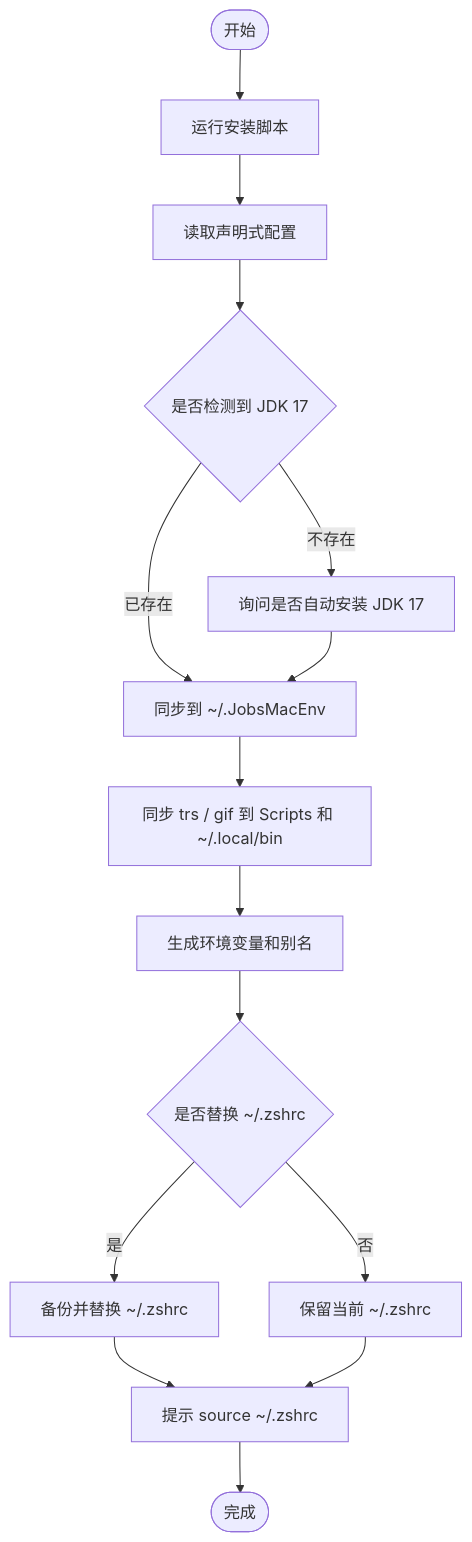
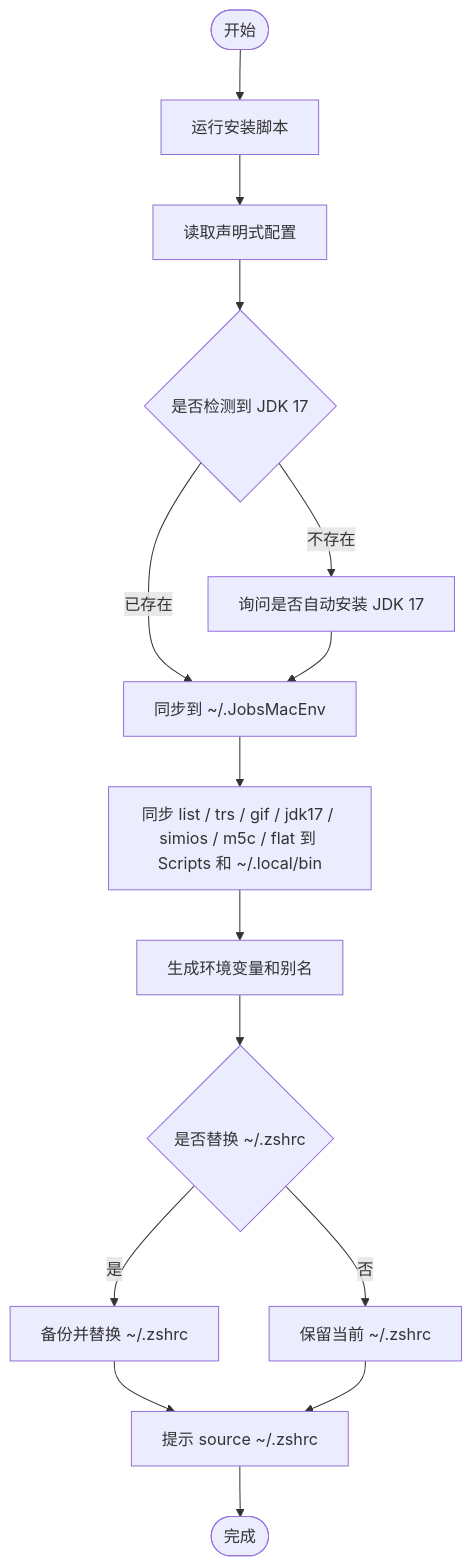
Before and after one commit to JobsKits/JobsMacEnvVarConfig: the diagram in README.md, drawn with Mermaid. The commit also changed other lines of this file and 43 other files, not shown here.

````diff
--- a/README.md
+++ b/README.md
@@ -128,24 +127,24 @@
 ```mermaid
 flowchart TD
     A([开始])
     B[运行安装脚本]
     C[读取声明式配置]
     D{是否检测到 JDK 17}
     E[询问是否自动安装 JDK 17]
     F[同步到 ~/.JobsMacEnv]
-    T[同步 trs / gif 到 Scripts 和 ~/.local/bin]
+    T[同步 list / trs / gif / jdk17 / simios / m5c / flat 到 Scripts 和 ~/.local/bin]
     G[生成环境变量和别名]
     H{是否替换 ~/.zshrc}
     I[备份并替换 ~/.zshrc]
     J[保留当前 ~/.zshrc]
     K[提示 source ~/.zshrc]
     L([完成])
 
     A --> B --> C --> D
     D -- 已存在 --> F
     D -- 不存在 --> E --> F
     F --> T --> G --> H
     H -- 是 --> I --> K
     H -- 否 --> J --> K
     K --> L
 ```
````
